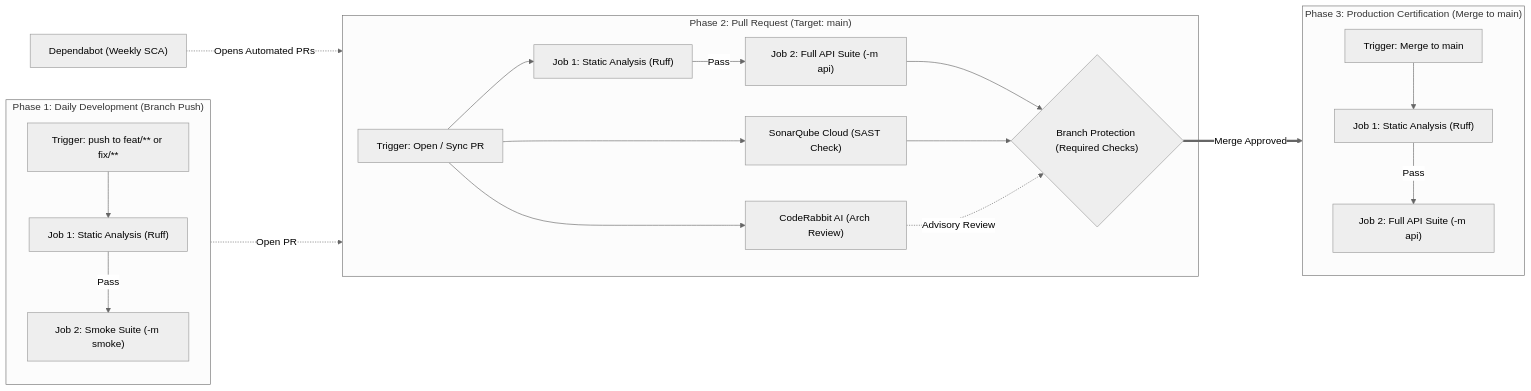
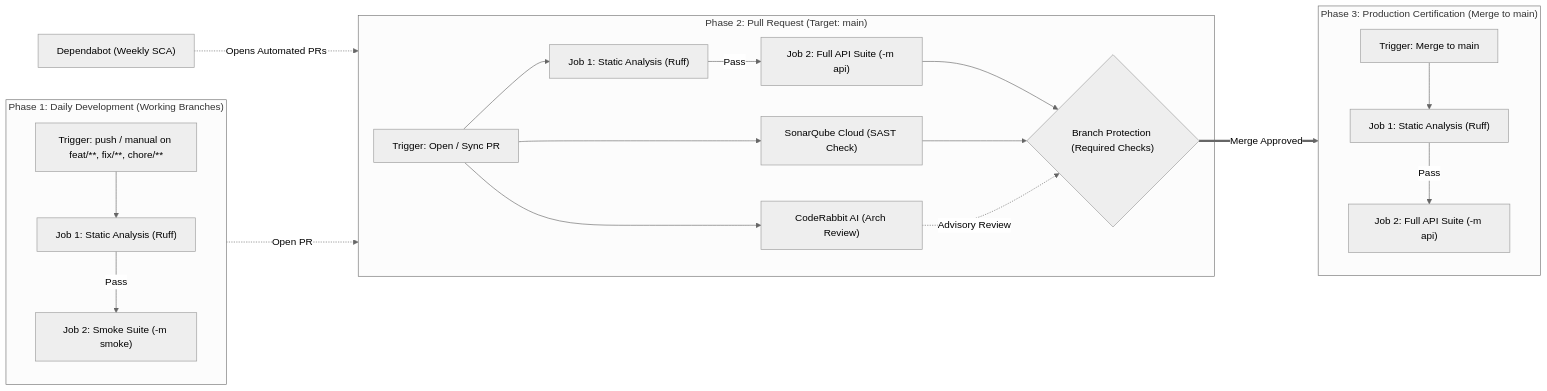
Before and after one commit to rwarthon/selenium-python-framework: the third of 3 diagrams in README.md, drawn with Mermaid (neutral theme). The commit also changed other lines of this file, not shown here.

Commit message:
docs(readme): add Windows CMD .env copy command and align Phase 1 trigger scope

````diff
--- a/README.md
+++ b/README.md
@@ -105,25 +105,25 @@
 ```mermaid
 graph LR
-    subgraph Phase_1 ["Phase 1: Daily Development (Branch Push)"]
-        P1_Trig["Trigger: push to feat/** or fix/**"] --> P1_J1["Job 1: Static Analysis (Ruff)"]
+    subgraph Phase_1 ["Phase 1: Daily Development (Working Branches)"]
+        P1_Trig["Trigger: push / manual on feat/**, fix/**, chore/**"] --> P1_J1["Job 1: Static Analysis (Ruff)"]
         P1_J1 -->|Pass| P1_J2["Job 2: Smoke Suite (-m smoke)"]
     end
 
     subgraph Phase_2 ["Phase 2: Pull Request (Target: main)"]
         P2_Trig["Trigger: Open / Sync PR"] --> P2_J1["Job 1: Static Analysis (Ruff)"]
         P2_J1 -->|Pass| P2_J2["Job 2: Full API Suite (-m api)"]
         P2_Trig --> P2_Sonar["SonarQube Cloud (SAST Check)"]
         P2_Trig --> P2_CR["CodeRabbit AI (Arch Review)"]
         P2_J2 & P2_Sonar --> P2_Lock{"Branch Protection (Required Checks)"}
         P2_CR -.->|Advisory Review| P2_Lock
     end
 
     subgraph Phase_3 ["Phase 3: Production Certification (Merge to main)"]
         P3_Trig["Trigger: Merge to main"] --> P3_J1["Job 1: Static Analysis (Ruff)"]
         P3_J1 -->|Pass| P3_J2["Job 2: Full API Suite (-m api)"]
     end
 
     DEP["Dependabot (Weekly SCA)"] -.->|Opens Automated PRs| Phase_2
     Phase_1 -.->|Open PR| Phase_2
     P2_Lock ==>|Merge Approved| Phase_3
 ```
````
